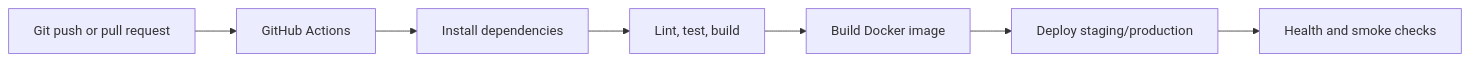
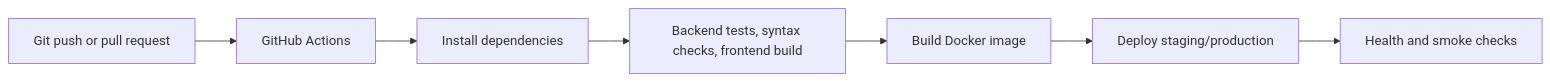
Before and after one commit to AbihaTalat/Goodsly: the sixth of 6 diagrams in CASE-STUDY.md, drawn with Mermaid. The commit also changed other lines of this file and 23 other files, not shown here.

````diff
--- a/CASE-STUDY.md
+++ b/CASE-STUDY.md
@@ -215,9 +210,9 @@
 ```mermaid
 flowchart LR
     Commit[Git push or pull request] --> CI[GitHub Actions]
     CI --> Install[Install dependencies]
-    Install --> Checks[Lint, test, build]
+    Install --> Checks[Backend tests, syntax checks, frontend build]
     Checks --> Image[Build Docker image]
     Image --> Deploy[Deploy staging/production]
     Deploy --> Health[Health and smoke checks]
 ```
````
